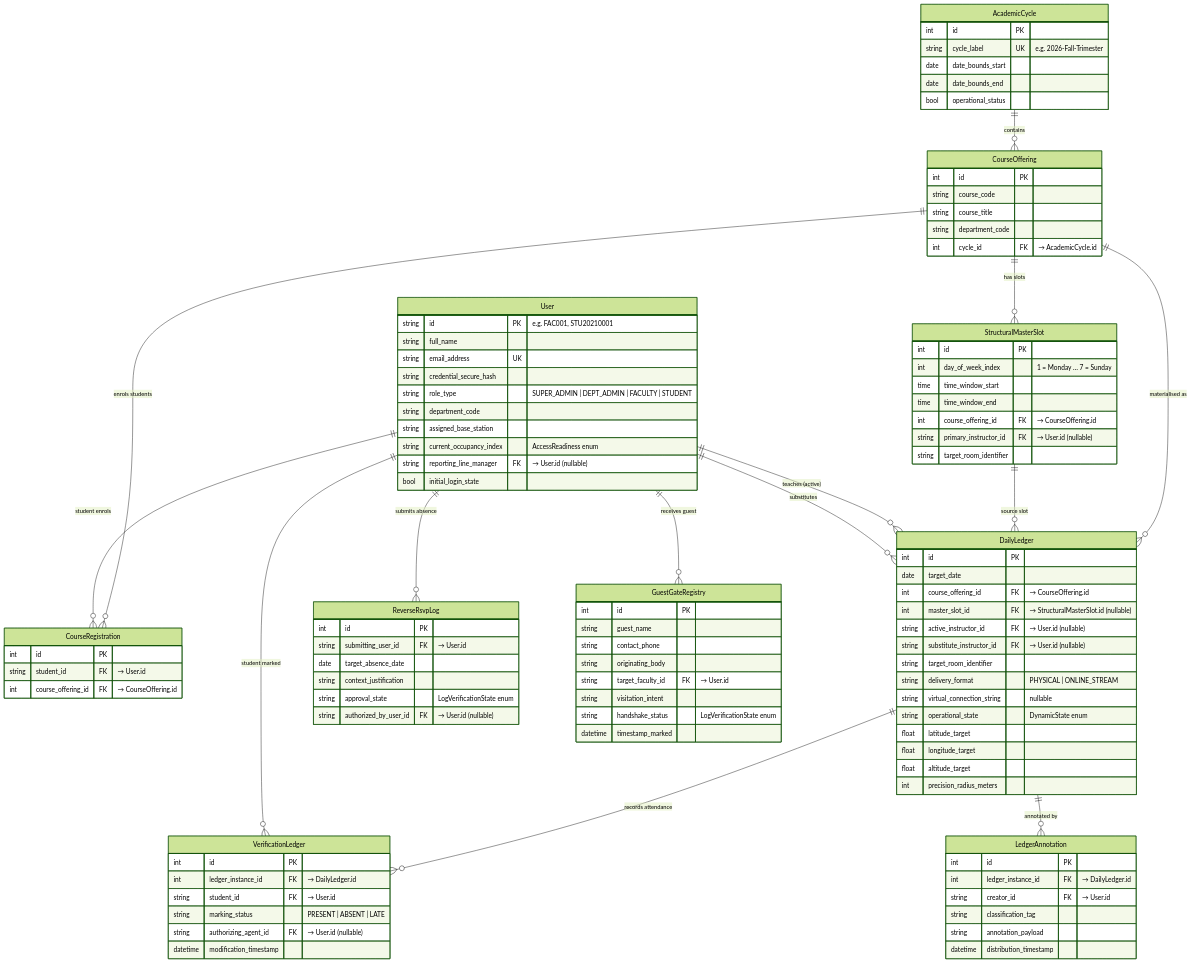
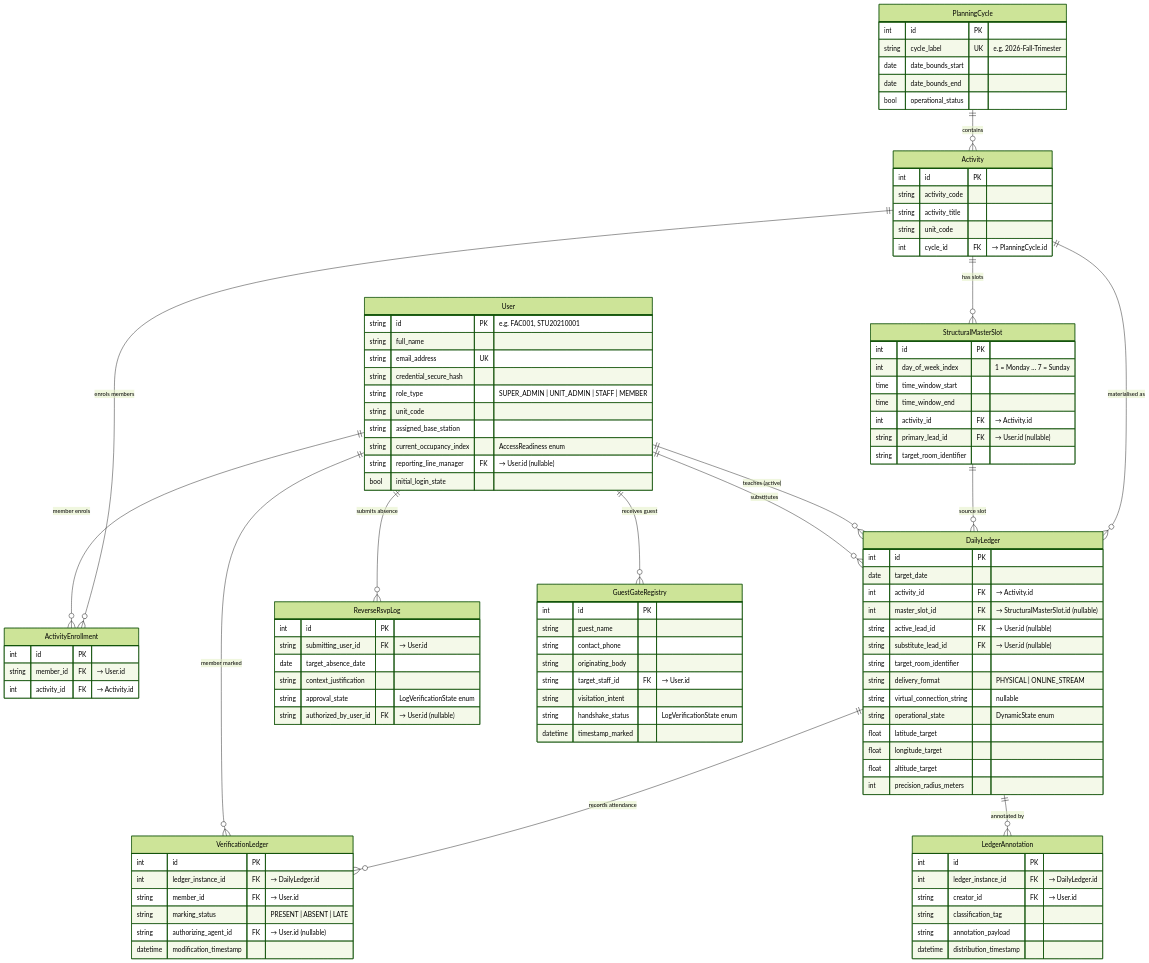
The diagram in docs/data-model.md (Life-Experimentalist/Chronos-Ledger), drawn with Mermaid (forest theme) before and after one commit. The commit also changed other lines of this file and 17 other files, not shown here.

````diff
--- a/docs/data-model.md
+++ b/docs/data-model.md
@@ -16,15 +16,15 @@
         string full_name
         string email_address UK
         string credential_secure_hash
-        string role_type "SUPER_ADMIN | DEPT_ADMIN | FACULTY | STUDENT"
-        string department_code
+        string role_type "SUPER_ADMIN | UNIT_ADMIN | STAFF | MEMBER"
+        string unit_code
         string assigned_base_station
         string current_occupancy_index "AccessReadiness enum"
         string reporting_line_manager FK "→ User.id (nullable)"
         bool initial_login_state
     }
 
-    AcademicCycle {
+    PlanningCycle {
         int id PK
         string cycle_label UK "e.g. 2026-Fall-Trimester"
         date date_bounds_start
@@ -32,12 +32,12 @@
         bool operational_status
     }
 
-    CourseOffering {
+    Activity {
         int id PK
-        string course_code
-        string course_title
-        string department_code
-        int cycle_id FK "→ AcademicCycle.id"
+        string activity_code
+        string activity_title
+        string unit_code
+        int cycle_id FK "→ PlanningCycle.id"
     }
 
     StructuralMasterSlot {
@@ -45,24 +45,24 @@
         int day_of_week_index "1 = Monday … 7 = Sunday"
         time time_window_start
         time time_window_end
-        int course_offering_id FK "→ CourseOffering.id"
-        string primary_instructor_id FK "→ User.id (nullable)"
+        int activity_id FK "→ Activity.id"
+        string primary_lead_id FK "→ User.id (nullable)"
         string target_room_identifier
     }
 
-    CourseRegistration {
+    ActivityEnrollment {
         int id PK
-        string student_id FK "→ User.id"
-        int course_offering_id FK "→ CourseOffering.id"
+        string member_id FK "→ User.id"
+        int activity_id FK "→ Activity.id"
     }
 
     DailyLedger {
         int id PK
         date target_date
-        int course_offering_id FK "→ CourseOffering.id"
+        int activity_id FK "→ Activity.id"
         int master_slot_id FK "→ StructuralMasterSlot.id (nullable)"
-        string active_instructor_id FK "→ User.id (nullable)"
-        string substitute_instructor_id FK "→ User.id (nullable)"
+        string active_lead_id FK "→ User.id (nullable)"
+        string substitute_lead_id FK "→ User.id (nullable)"
         string target_room_identifier
         string delivery_format "PHYSICAL | ONLINE_STREAM"
         string virtual_connection_string "nullable"
@@ -76,7 +76,7 @@
     VerificationLedger {
         int id PK
         int ledger_instance_id FK "→ DailyLedger.id"
-        string student_id FK "→ User.id"
+        string member_id FK "→ User.id"
         string marking_status "PRESENT | ABSENT | LATE"
         string authorizing_agent_id FK "→ User.id (nullable)"
         datetime modification_timestamp
@@ -96,7 +96,7 @@
         string guest_name
         string contact_phone
         string originating_body
-        string target_faculty_id FK "→ User.id"
+        string target_staff_id FK "→ User.id"
         string visitation_intent
         string handshake_status "LogVerificationState enum"
         datetime timestamp_marked
@@ -111,17 +111,17 @@
         datetime distribution_timestamp
     }
 
-    AcademicCycle ||--o{ CourseOffering : "contains"
-    CourseOffering ||--o{ StructuralMasterSlot : "has slots"
-    CourseOffering ||--o{ CourseRegistration : "enrols students"
-    CourseOffering ||--o{ DailyLedger : "materialised as"
+    PlanningCycle ||--o{ Activity : "contains"
+    Activity ||--o{ StructuralMasterSlot : "has slots"
+    Activity ||--o{ ActivityEnrollment : "enrols members"
+    Activity ||--o{ DailyLedger : "materialised as"
     StructuralMasterSlot ||--o{ DailyLedger : "source slot"
-    User ||--o{ CourseRegistration : "student enrols"
+    User ||--o{ ActivityEnrollment : "member enrols"
     User ||--o{ DailyLedger : "teaches (active)"
     User ||--o{ DailyLedger : "substitutes"
     DailyLedger ||--o{ VerificationLedger : "records attendance"
     DailyLedger ||--o{ LedgerAnnotation : "annotated by"
-    User ||--o{ VerificationLedger : "student marked"
+    User ||--o{ VerificationLedger : "member marked"
     User ||--o{ ReverseRsvpLog : "submits absence"
     User ||--o{ GuestGateRegistry : "receives guest"
 ```
````
